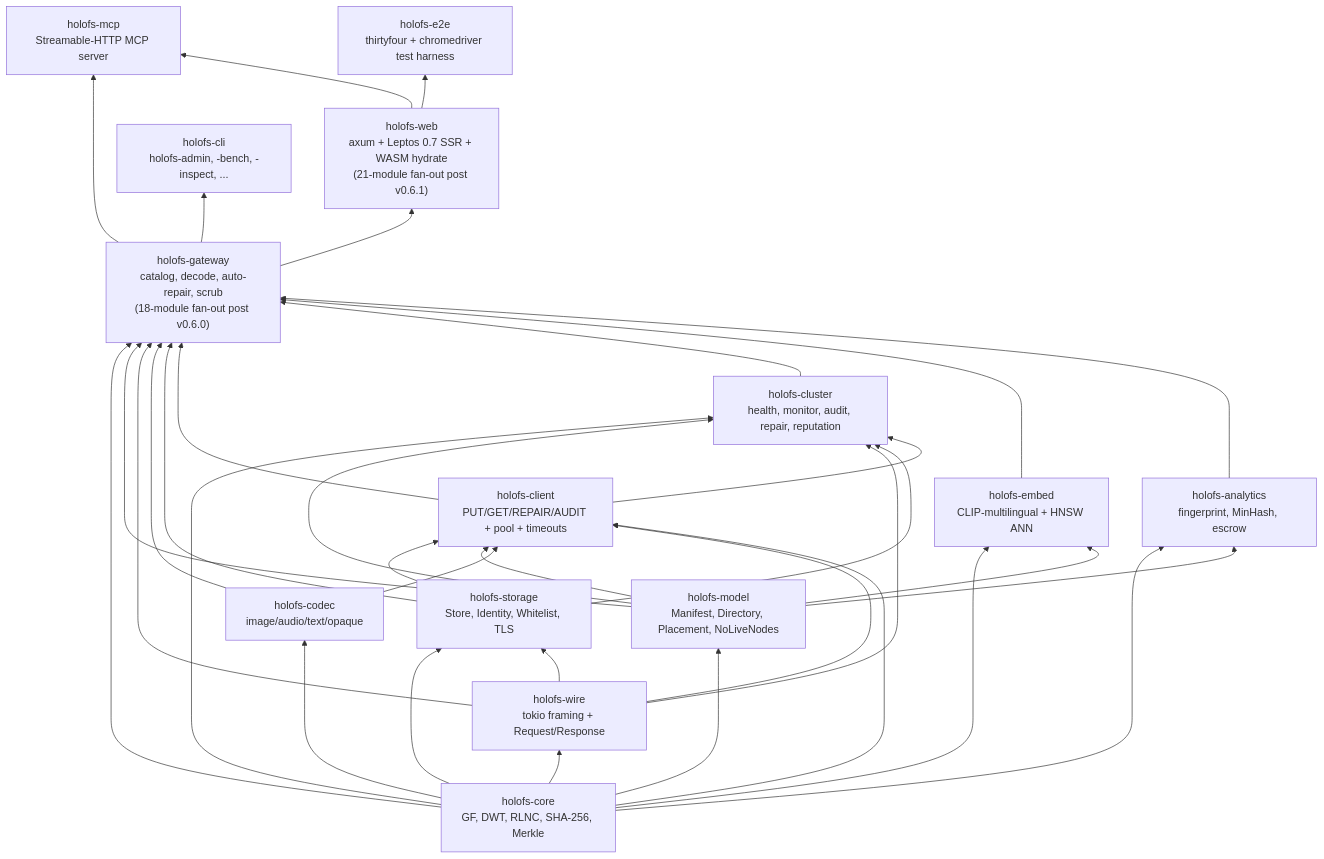
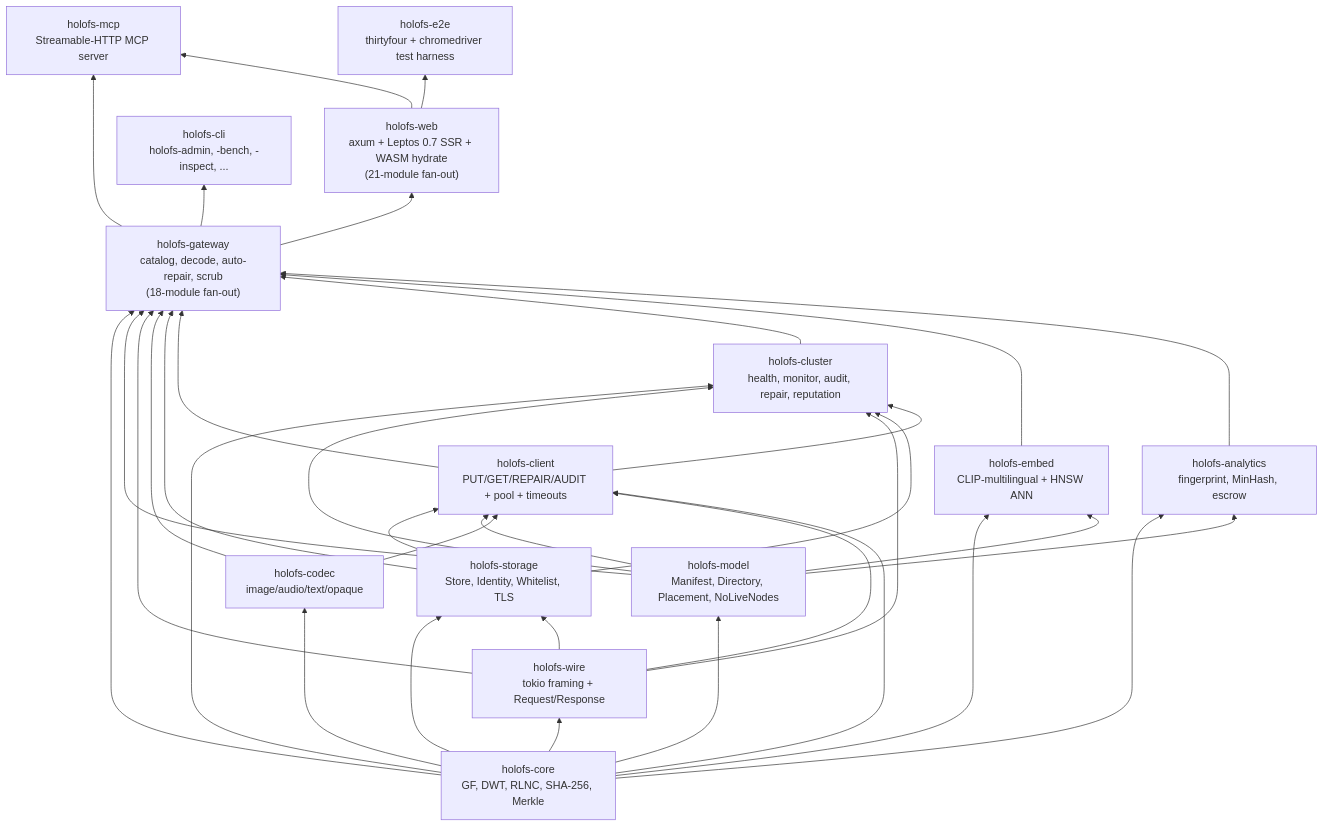
The first of 5 diagrams in docs/architecture.md (rmorenko/holofs), drawn with Mermaid before and after one commit. The commit also changed other lines of this file and 5 other files, not shown here.

````diff
--- a/docs/architecture.md
+++ b/docs/architecture.md
@@ -23,51 +23,51 @@
 ```mermaid
 graph BT
     core["holofs-core<br/>GF, DWT, RLNC, SHA-256, Merkle"]
     wire["holofs-wire<br/>tokio framing + Request/Response"]
     model["holofs-model<br/>Manifest, Directory, Placement, NoLiveNodes"]
     codec["holofs-codec<br/>image/audio/text/opaque"]
     storage["holofs-storage<br/>Store, Identity, Whitelist, TLS"]
     client["holofs-client<br/>PUT/GET/REPAIR/AUDIT + pool + timeouts"]
     cluster["holofs-cluster<br/>health, monitor, audit, repair, reputation"]
     embed["holofs-embed<br/>CLIP-multilingual + HNSW ANN"]
     analytics["holofs-analytics<br/>fingerprint, MinHash, escrow"]
-    gateway["holofs-gateway<br/>catalog, decode, auto-repair, scrub<br/>(18-module fan-out post v0.6.0)"]
+    gateway["holofs-gateway<br/>catalog, decode, auto-repair, scrub<br/>(18-module fan-out)"]
     mcp["holofs-mcp<br/>Streamable-HTTP MCP server"]
-    web["holofs-web<br/>axum + Leptos 0.7 SSR + WASM hydrate<br/>(21-module fan-out post v0.6.1)"]
+    web["holofs-web<br/>axum + Leptos 0.7 SSR + WASM hydrate<br/>(21-module fan-out)"]
     cli["holofs-cli<br/>holofs-admin, -bench, -inspect, ..."]
     e2e["holofs-e2e<br/>thirtyfour + chromedriver test harness"]
 
     core --> wire
     core --> model
     core --> codec
     core --> storage
     wire --> storage
     storage --> client
     model --> client
     codec --> client
     wire --> client
     core --> client
     core --> cluster
     model --> cluster
     wire --> cluster
     storage --> cluster
     client --> cluster
     core --> embed
     model --> embed
     core --> analytics
     model --> analytics
     core --> gateway
     model --> gateway
     wire --> gateway
     codec --> gateway
     storage --> gateway
     client --> gateway
     cluster --> gateway
     embed --> gateway
     analytics --> gateway
     gateway --> mcp
     gateway --> web
     web --> mcp
     gateway --> cli
     web --> e2e
 ```
````
